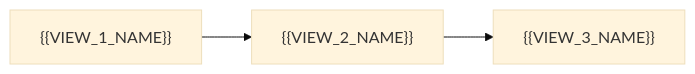
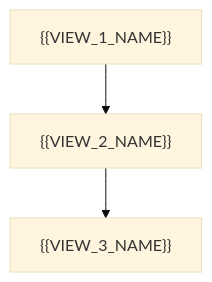
One commit to devops-vesi/devops-skills changed the first of 4 diagrams in skills/documentation-templates/skill.md. Above: the diagram before and after it, drawn with Mermaid (base theme). The commit also changed other lines of this file, not shown here.

````diff
--- a/skills/documentation-templates/skill.md
+++ b/skills/documentation-templates/skill.md
@@ -85,4 +75,4 @@
 ```mermaid
-flowchart LR
+flowchart TD
     A["{{VIEW_1_NAME}}"] --> B["{{VIEW_2_NAME}}"] --> C["{{VIEW_3_NAME}}"]
 ```
````
